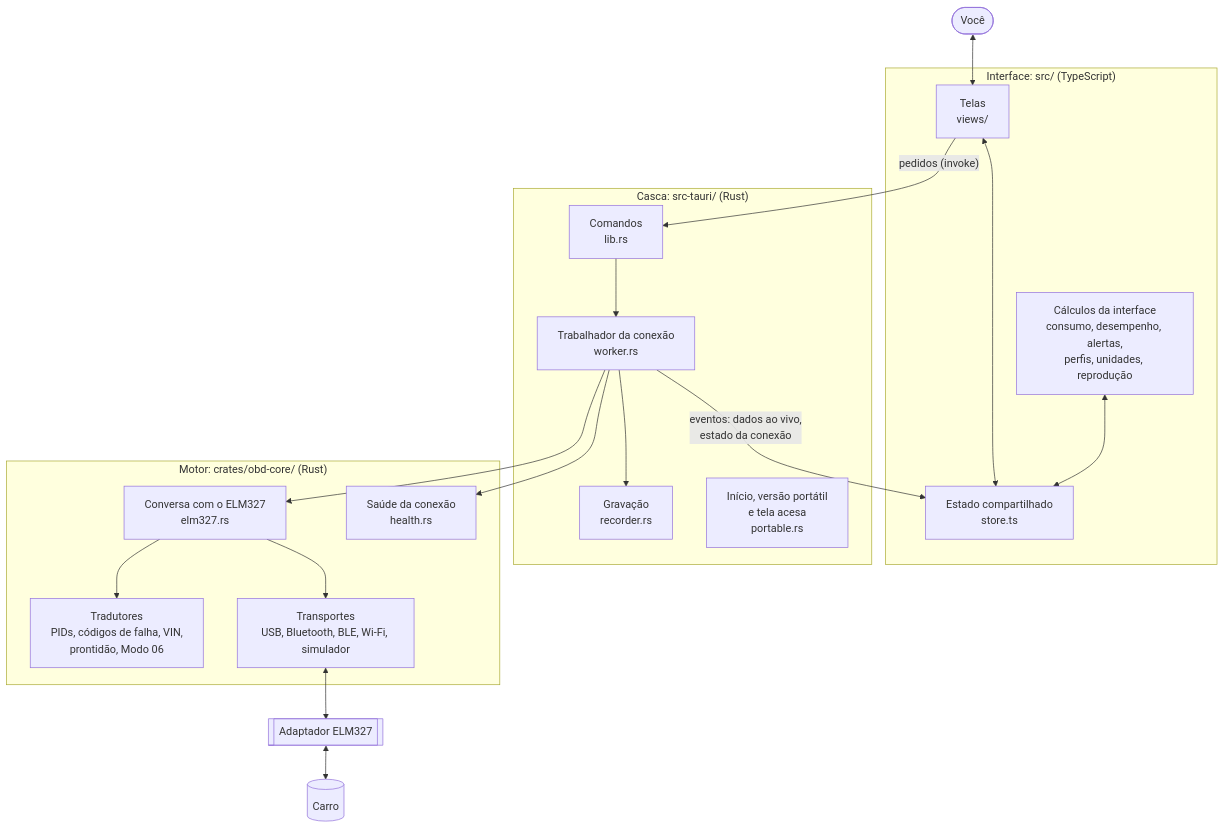
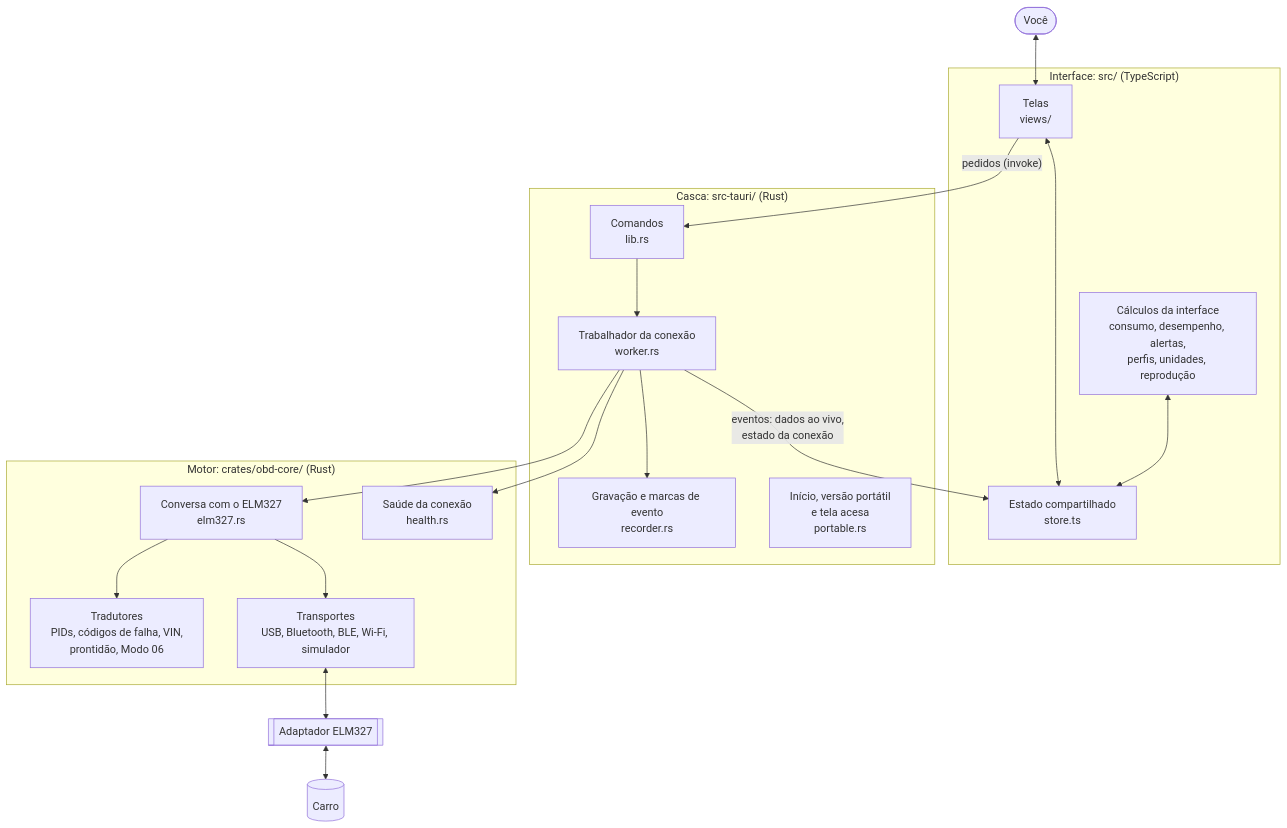
One commit to samuvieceli/obd2-scanner changed the first of 12 diagrams in docs/DIAGRAMAS.md. Above: the diagram before and after it, drawn with Mermaid. The commit also changed other lines of this file and 16 other files, not shown here.

````diff
--- a/docs/DIAGRAMAS.md
+++ b/docs/DIAGRAMAS.md
@@ -15,37 +15,37 @@
 ```mermaid
 flowchart TB
     user(["Você"])
     subgraph UI["Interface: src/ (TypeScript)"]
         views["Telas<br/>views/"]
         logic["Cálculos da interface<br/>consumo, desempenho, alertas,<br/>perfis, unidades, reprodução"]
         store["Estado compartilhado<br/>store.ts"]
     end
     subgraph APP["Casca: src-tauri/ (Rust)"]
         cmds["Comandos<br/>lib.rs"]
         worker["Trabalhador da conexão<br/>worker.rs"]
-        rec["Gravação<br/>recorder.rs"]
+        rec["Gravação e marcas de evento<br/>recorder.rs"]
         port["Início, versão portátil<br/>e tela acesa<br/>portable.rs"]
     end
     subgraph CORE["Motor: crates/obd-core/ (Rust)"]
         elm["Conversa com o ELM327<br/>elm327.rs"]
         dec["Tradutores<br/>PIDs, códigos de falha, VIN,<br/>prontidão, Modo 06"]
         health["Saúde da conexão<br/>health.rs"]
         trans["Transportes<br/>USB, Bluetooth, BLE, Wi-Fi, simulador"]
     end
     adapter[["Adaptador ELM327"]]
     car[("Carro")]
 
     user <--> views
     views <--> store
     logic <--> store
     views -- "pedidos (invoke)" --> cmds
     worker -- "eventos: dados ao vivo,<br/>estado da conexão" --> store
     cmds --> worker
     worker --> rec
     worker --> elm
     worker --> health
     elm --> dec
     elm --> trans
     trans <--> adapter
     adapter <--> car
 ```
````
